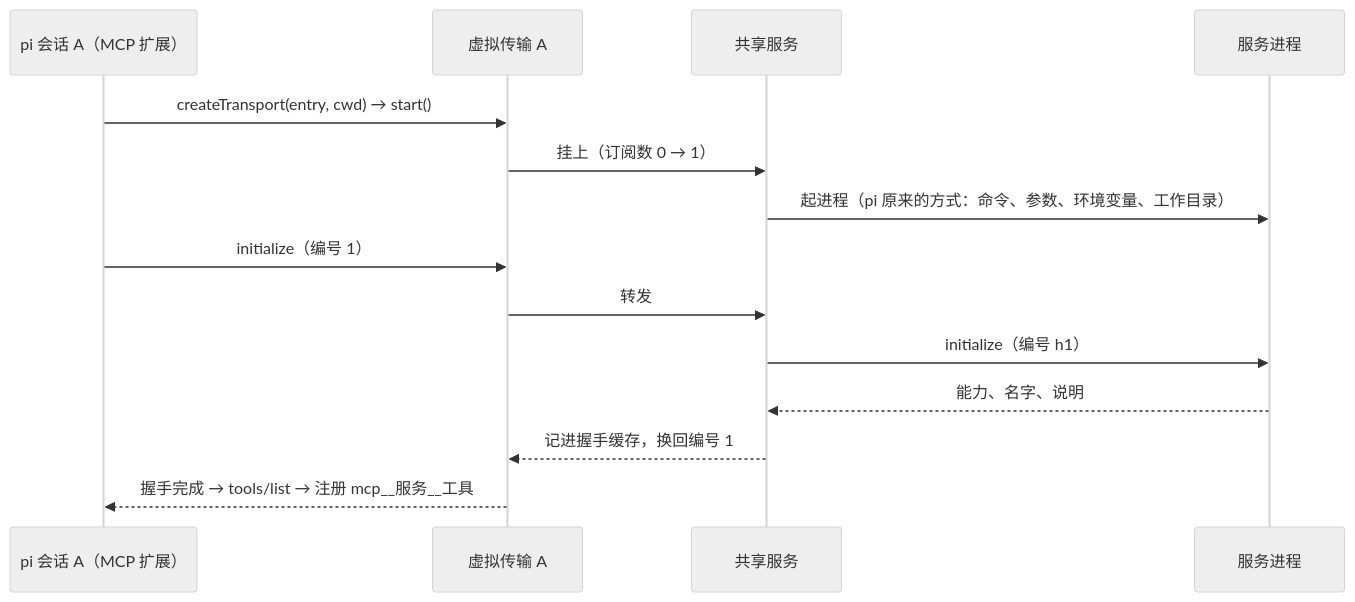
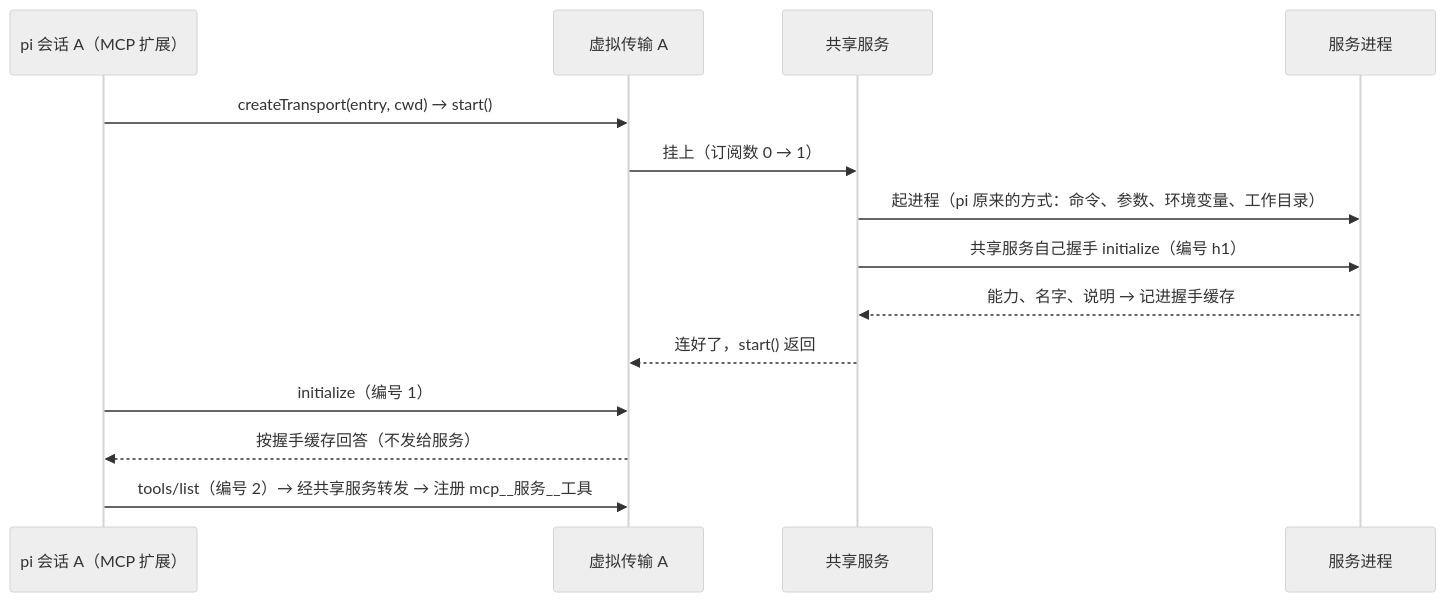
Before and after one commit to HoldThatThgt/mori: the second of 3 diagrams in docs/v0/m6-mcp-shared.md, drawn with Mermaid (neutral theme). The commit also changed other lines of this file and 24 other files, not shown here.

````diff
--- a/docs/v0/m6-mcp-shared.md
+++ b/docs/v0/m6-mcp-shared.md
@@ -52,16 +55,16 @@
 ```mermaid
 sequenceDiagram
   participant A as pi 会话 A（MCP 扩展）
   participant VA as 虚拟传输 A
   participant S as 共享服务
   participant P as 服务进程
   A->>VA: createTransport(entry, cwd) → start()
   VA->>S: 挂上（订阅数 0 → 1）
   S->>P: 起进程（pi 原来的方式：命令、参数、环境变量、工作目录）
+  S->>P: 共享服务自己握手 initialize（编号 h1）
+  P-->>S: 能力、名字、说明 → 记进握手缓存
+  S-->>VA: 连好了，start() 返回
   A->>VA: initialize（编号 1）
-  VA->>S: 转发
-  S->>P: initialize（编号 h1）
-  P-->>S: 能力、名字、说明
-  S-->>VA: 记进握手缓存，换回编号 1
-  VA-->>A: 握手完成 → tools/list → 注册 mcp__服务__工具
+  VA-->>A: 按握手缓存回答（不发给服务）
+  A->>VA: tools/list（编号 2）→ 经共享服务转发 → 注册 mcp__服务__工具
 ```
````
